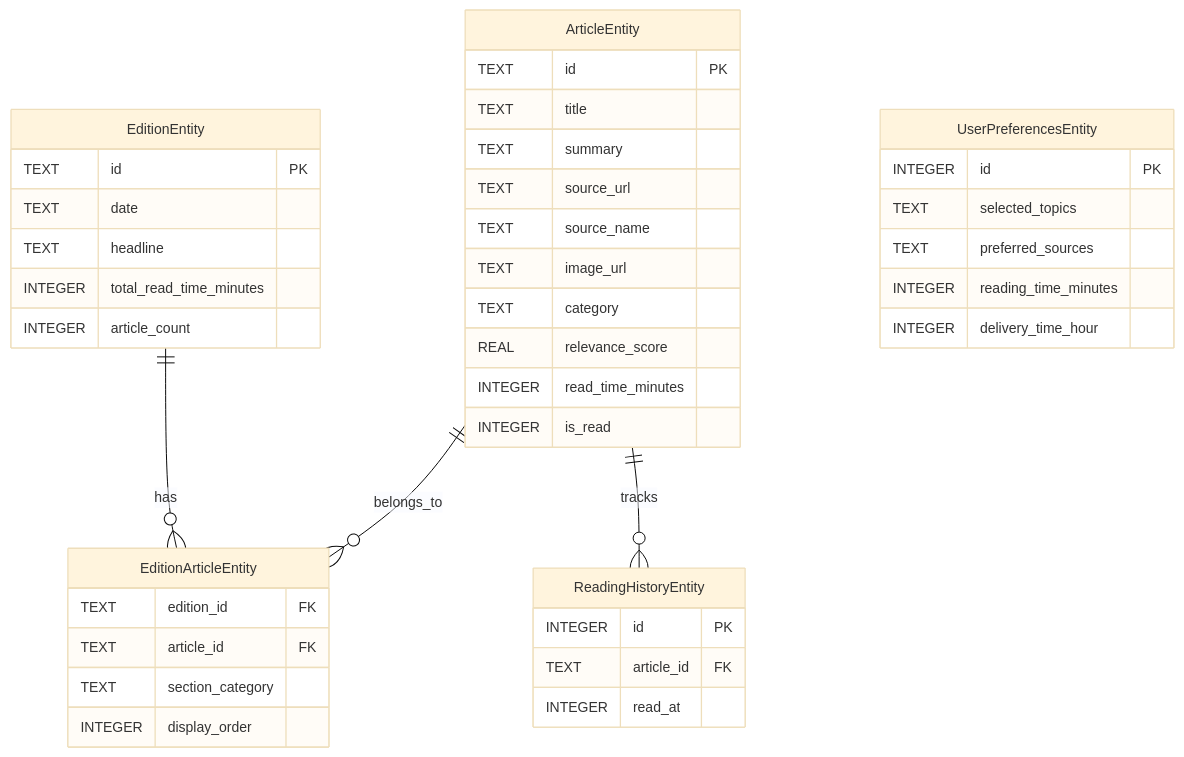
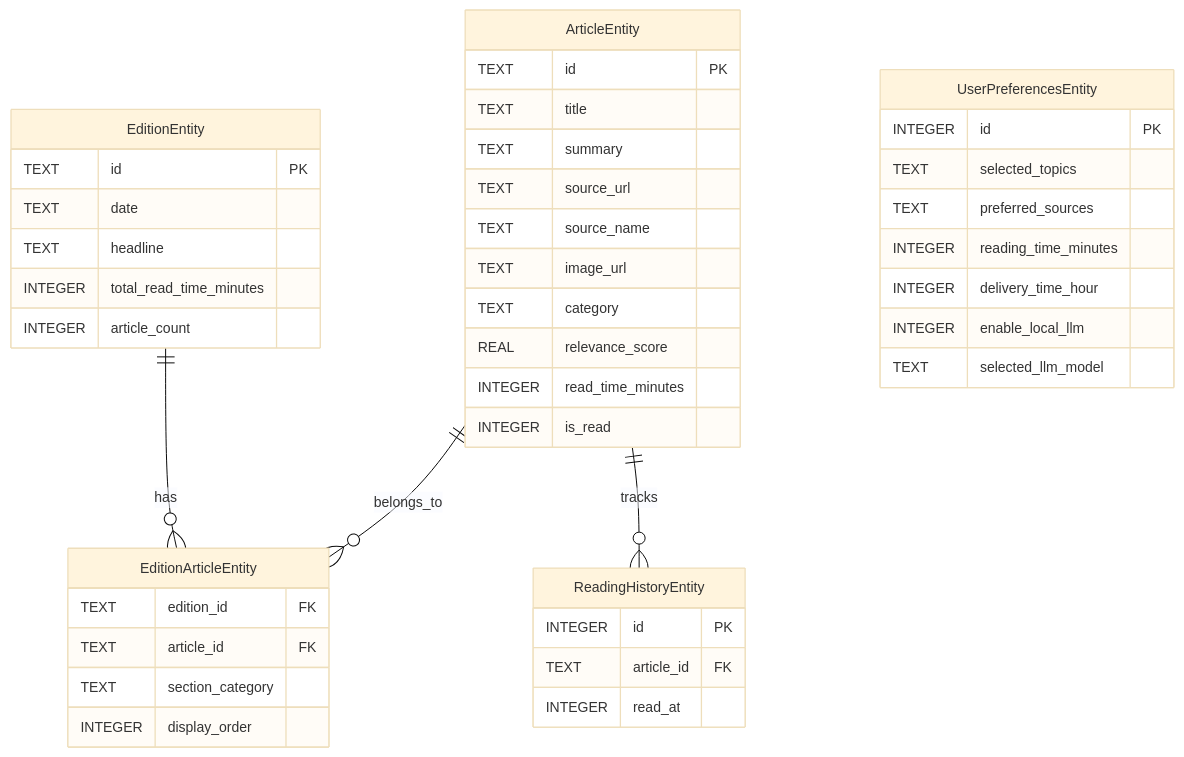
One commit to RandhirGupta/PaperwalaApp changed the eighth of 10 diagrams in ARCHITECTURE.md. Above: the diagram before and after it, drawn with Mermaid. The commit also changed other lines of this file and 1 other file, not shown here.

First line of the commit message:
Update docs for model selection and Phase 3 completion

````diff
--- a/ARCHITECTURE.md
+++ b/ARCHITECTURE.md
@@ -206,49 +219,51 @@
 ```mermaid
 %%{init: {'theme': 'base', 'themeVariables': {'fontSize': '14px'}}}%%
 erDiagram
     ArticleEntity {
         TEXT id PK
         TEXT title
         TEXT summary
         TEXT source_url
         TEXT source_name
         TEXT image_url
         TEXT category
         REAL relevance_score
         INTEGER read_time_minutes
         INTEGER is_read
     }
 
     EditionEntity {
         TEXT id PK
         TEXT date
         TEXT headline
         INTEGER total_read_time_minutes
         INTEGER article_count
     }
 
     EditionArticleEntity {
         TEXT edition_id FK
         TEXT article_id FK
         TEXT section_category
         INTEGER display_order
     }
 
     ReadingHistoryEntity {
         INTEGER id PK
         TEXT article_id FK
         INTEGER read_at
     }
 
     UserPreferencesEntity {
         INTEGER id PK
         TEXT selected_topics
         TEXT preferred_sources
         INTEGER reading_time_minutes
         INTEGER delivery_time_hour
+        INTEGER enable_local_llm
+        TEXT selected_llm_model
     }
 
     EditionEntity ||--o{ EditionArticleEntity : has
     ArticleEntity ||--o{ EditionArticleEntity : belongs_to
     ArticleEntity ||--o{ ReadingHistoryEntity : tracks
 ```
````
